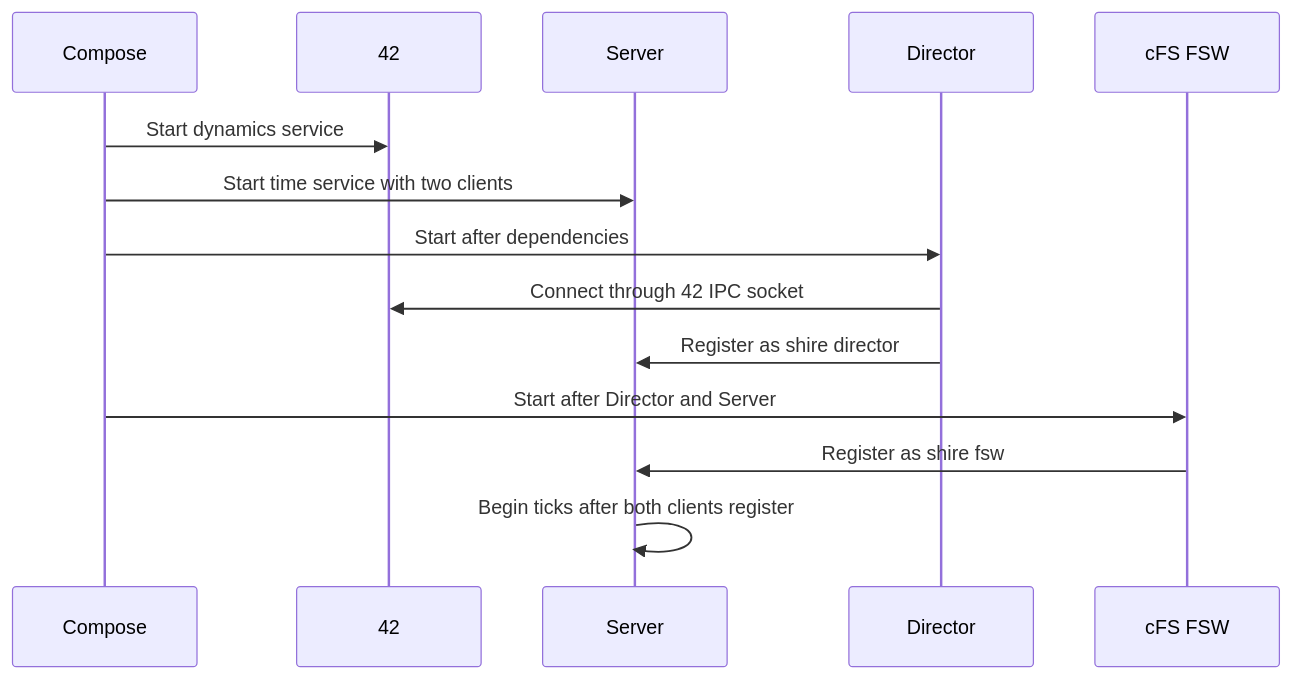
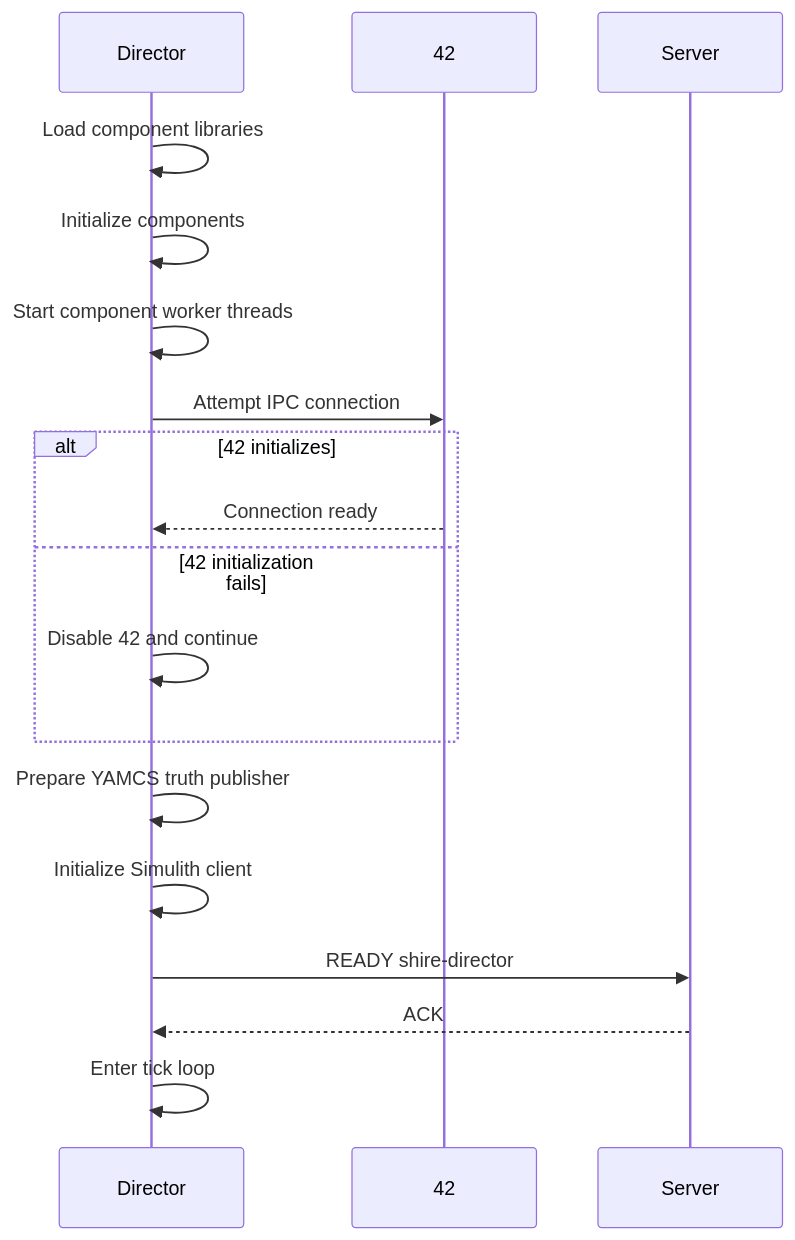
Before and after one commit to VoyagerTechnologies-Public/shire: the fourth of 8 diagrams in atlas/docs/manual/core-concepts/architecture.md, drawn with Mermaid. The commit also changed other lines of this file and 19 other files, not shown here.

````diff
--- a/atlas/docs/manual/core-concepts/architecture.md
+++ b/atlas/docs/manual/core-concepts/architecture.md
@@ -52,17 +87,21 @@
 ```mermaid
 sequenceDiagram
-    participant Compose
+    participant Director
     participant FortyTwo as 42
     participant Server
-    participant Director
-    participant FSW as cFS FSW
 
-    Compose->>FortyTwo: Start dynamics service
-    Compose->>Server: Start time service with two clients
-    Compose->>Director: Start after dependencies
-    Director->>FortyTwo: Connect through 42 IPC socket
-    Director->>Server: Register as shire director
-    Compose->>FSW: Start after Director and Server
-    FSW->>Server: Register as shire fsw
-    Server->>Server: Begin ticks after both clients register
+    Director->>Director: Load component libraries
+    Director->>Director: Initialize components
+    Director->>Director: Start component worker threads
+    Director->>FortyTwo: Attempt IPC connection
+    alt 42 initializes
+        FortyTwo-->>Director: Connection ready
+    else 42 initialization fails
+        Director->>Director: Disable 42 and continue
+    end
+    Director->>Director: Prepare YAMCS truth publisher
+    Director->>Director: Initialize Simulith client
+    Director->>Server: READY shire-director
+    Server-->>Director: ACK
+    Director->>Director: Enter tick loop
 ```
````
